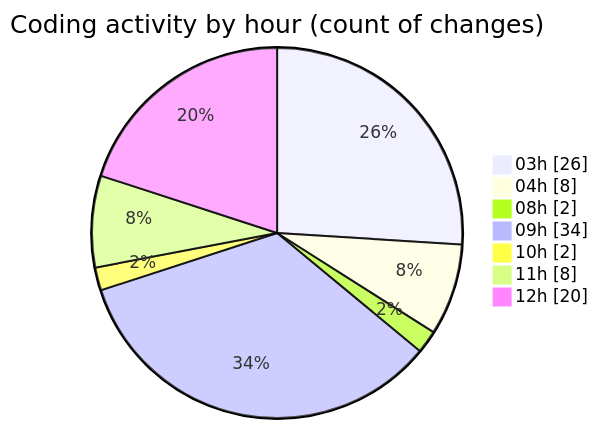
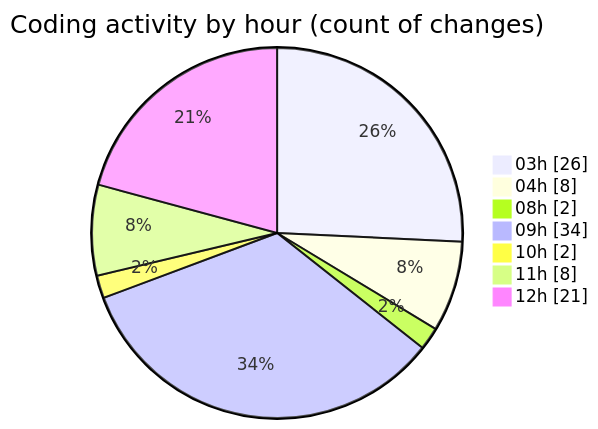
The second of 2 diagrams in 2025-06-20/modeljsondesigner/README.md (JenPaints/code-tracking), drawn with Mermaid before and after one commit. The commit also changed other lines of this file and 1 other file, not shown here.

````diff
--- a/2025-06-20/modeljsondesigner/README.md
+++ b/2025-06-20/modeljsondesigner/README.md
@@ -57,11 +57,11 @@
 ```mermaid
 pie showData
 title Coding activity by hour (count of changes)
 "03h" : 26
 "04h" : 8
 "08h" : 2
 "09h" : 34
 "10h" : 2
 "11h" : 8
-"12h" : 20
+"12h" : 21
 ```
````
